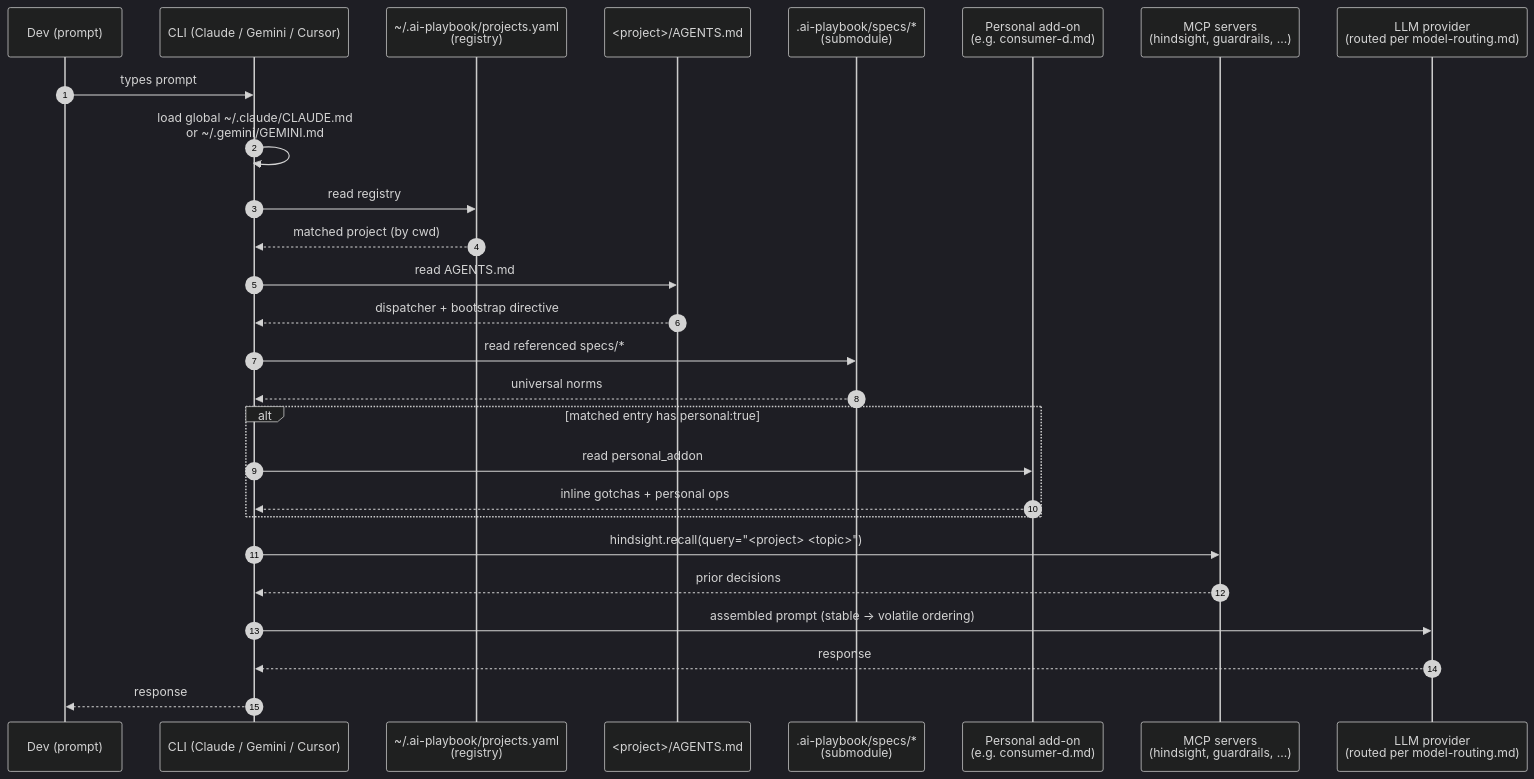
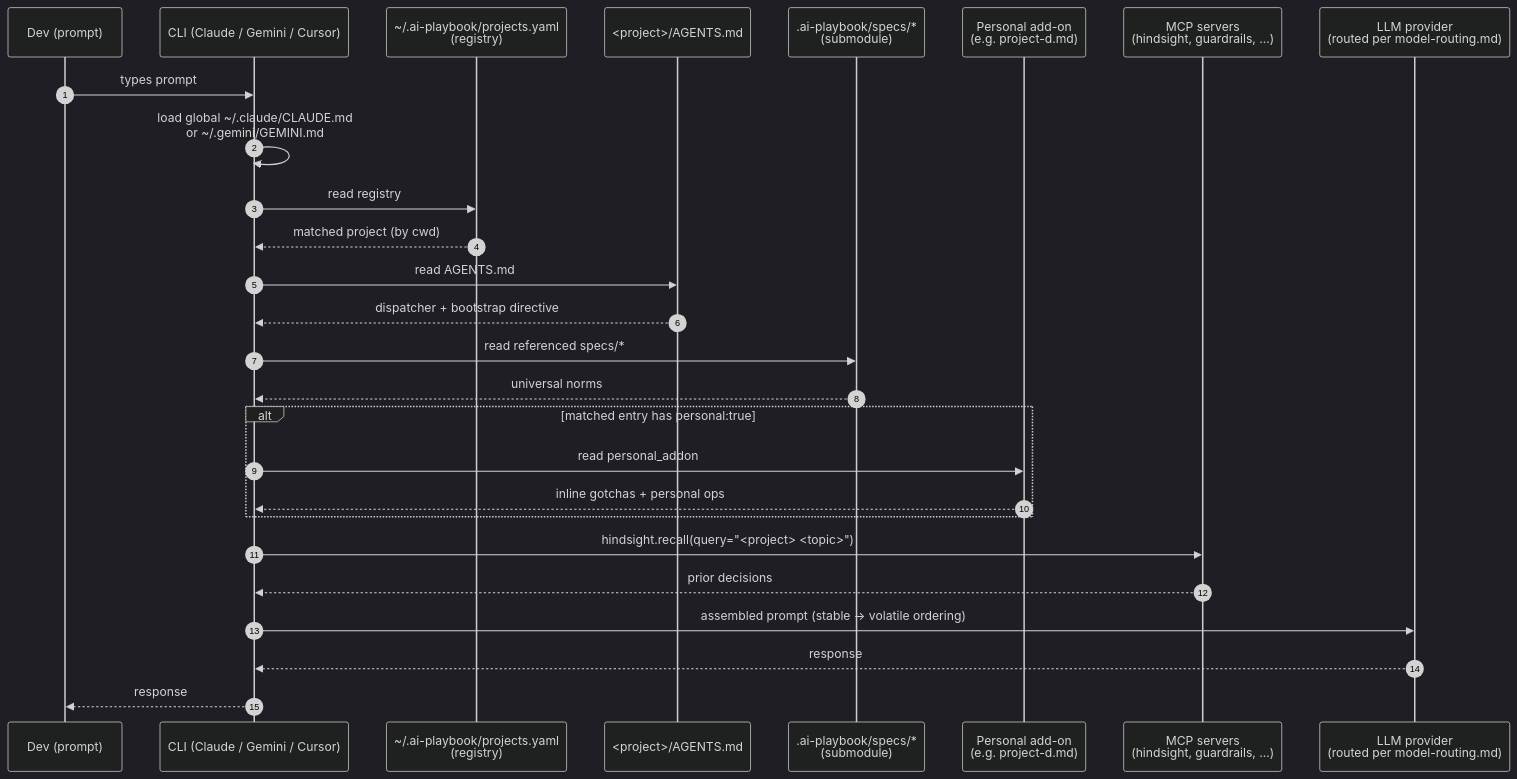
The first of 3 diagrams in docs/concepts/architecture-diagrams.md (Wizarck/ai-playbook), drawn with Mermaid (dark theme) before and after one commit. The commit also changed 91 other files, not shown here.

````diff
--- a/docs/concepts/architecture-diagrams.md
+++ b/docs/concepts/architecture-diagrams.md
@@ -20,30 +20,30 @@
 ```mermaid
 sequenceDiagram
     autonumber
     participant Dev as Dev (prompt)
     participant CLI as CLI (Claude / Gemini / Cursor)
     participant Reg as ~/.ai-playbook/projects.yaml<br/>(registry)
     participant Proj as <project>/AGENTS.md
     participant PB as .ai-playbook/specs/*<br/>(submodule)
-    participant Addon as Personal add-on<br/>(e.g. consumer-d.md)
+    participant Addon as Personal add-on<br/>(e.g. project-d.md)
     participant MCP as MCP servers<br/>(hindsight, guardrails, …)
     participant LLM as LLM provider<br/>(routed per model-routing.md)
 
     Dev->>CLI: types prompt
     CLI->>CLI: load global ~/.claude/CLAUDE.md<br/>or ~/.gemini/GEMINI.md
     CLI->>Reg: read registry
     Reg-->>CLI: matched project (by cwd)
     CLI->>Proj: read AGENTS.md
     Proj-->>CLI: dispatcher + bootstrap directive
     CLI->>PB: read referenced specs/*
     PB-->>CLI: universal norms
     alt matched entry has personal:true
         CLI->>Addon: read personal_addon
         Addon-->>CLI: inline gotchas + personal ops
     end
     CLI->>MCP: hindsight.recall(query="<project> <topic>")
     MCP-->>CLI: prior decisions
     CLI->>LLM: assembled prompt (stable → volatile ordering)
     LLM-->>CLI: response
     CLI-->>Dev: response
 ```
````
